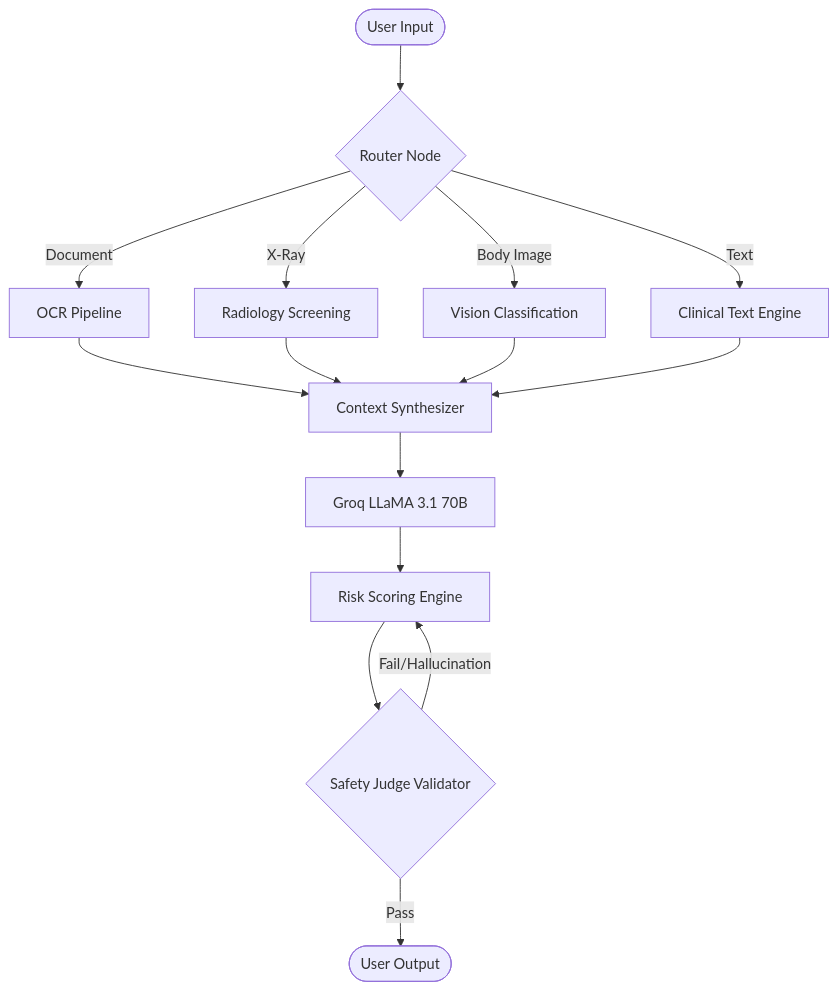
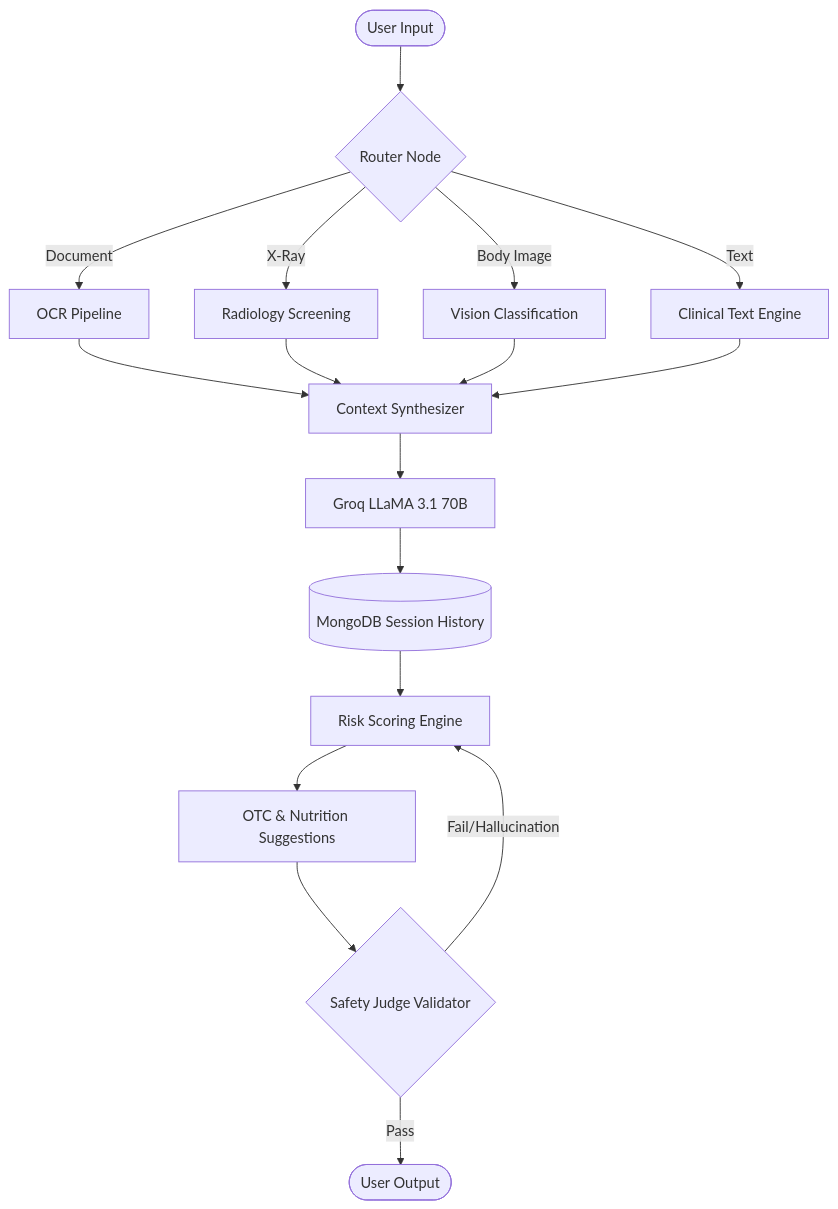
The diagram in README.md (620593/TriGuard-AI-Medical-Triage-Assistant), drawn with Mermaid before and after one commit. The commit also changed other lines of this file, not shown here.

First line of the commit message:
docs: Update README.md to fully reflect Version 6.0 architecture and setup

````diff
--- a/README.md
+++ b/README.md
@@ -54,20 +54,22 @@
 ```mermaid
 graph TD
     User([User Input]) --> Router{Router Node}
     Router -->|Text| TextAnalysis[Clinical Text Engine]
     Router -->|Document| OCR[OCR Pipeline]
     Router -->|X-Ray| XRay[Radiology Screening]
     Router -->|Body Image| Vision[Vision Classification]
 
     OCR --> Synthesizer[Context Synthesizer]
     XRay --> Synthesizer
     Vision --> Synthesizer
     TextAnalysis --> Synthesizer
 
     Synthesizer --> Brain[Groq LLaMA 3.1 70B]
-    Brain --> Risk[Risk Scoring Engine]
-    Risk --> Judge{Safety Judge Validator}
+    Brain --> Memory[(MongoDB Session History)]
+    Memory --> Risk[Risk Scoring Engine]
+    Risk --> OTC[OTC & Nutrition Suggestions]
+    OTC --> Judge{Safety Judge Validator}
 
     Judge -->|Pass| Output([User Output])
     Judge -->|Fail/Hallucination| Risk
 ```
````
